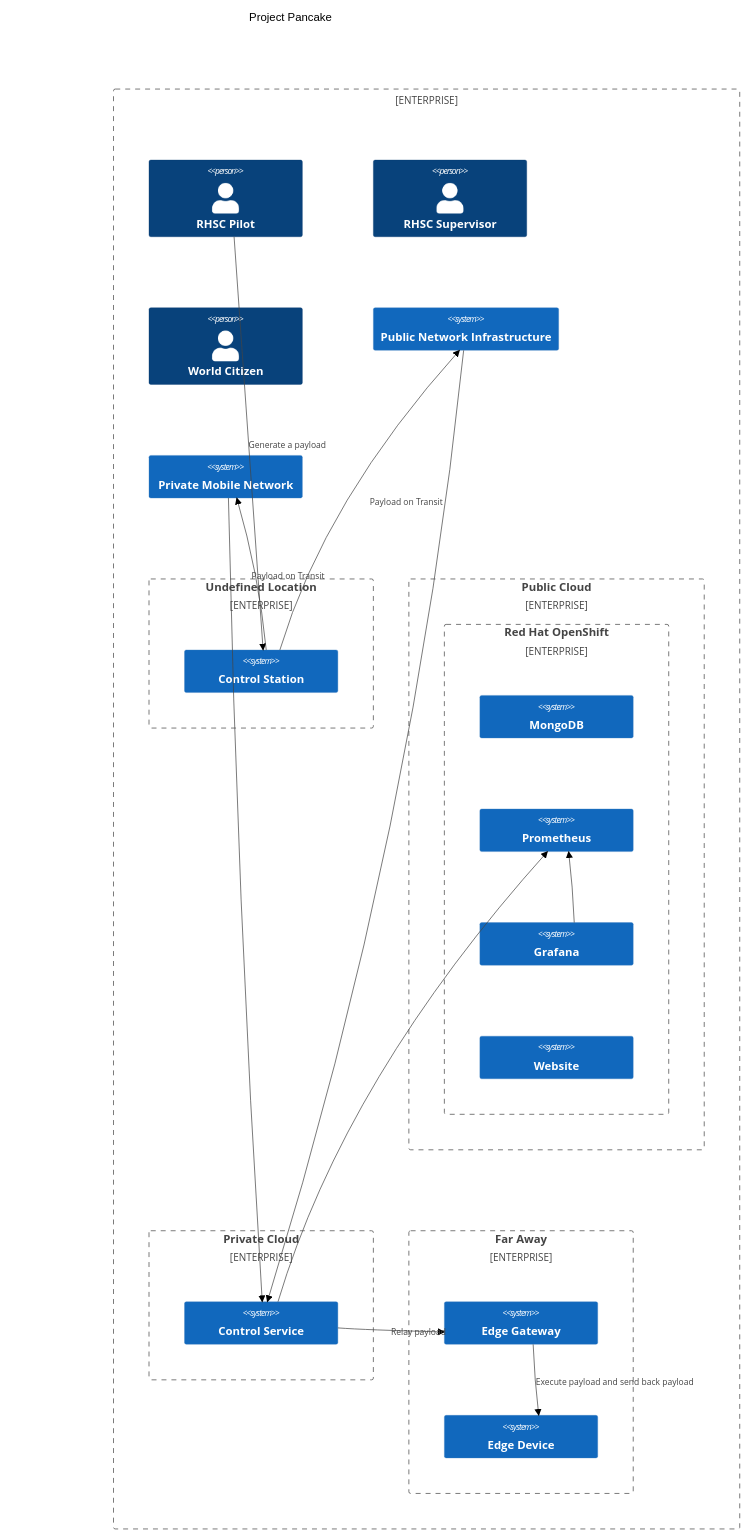
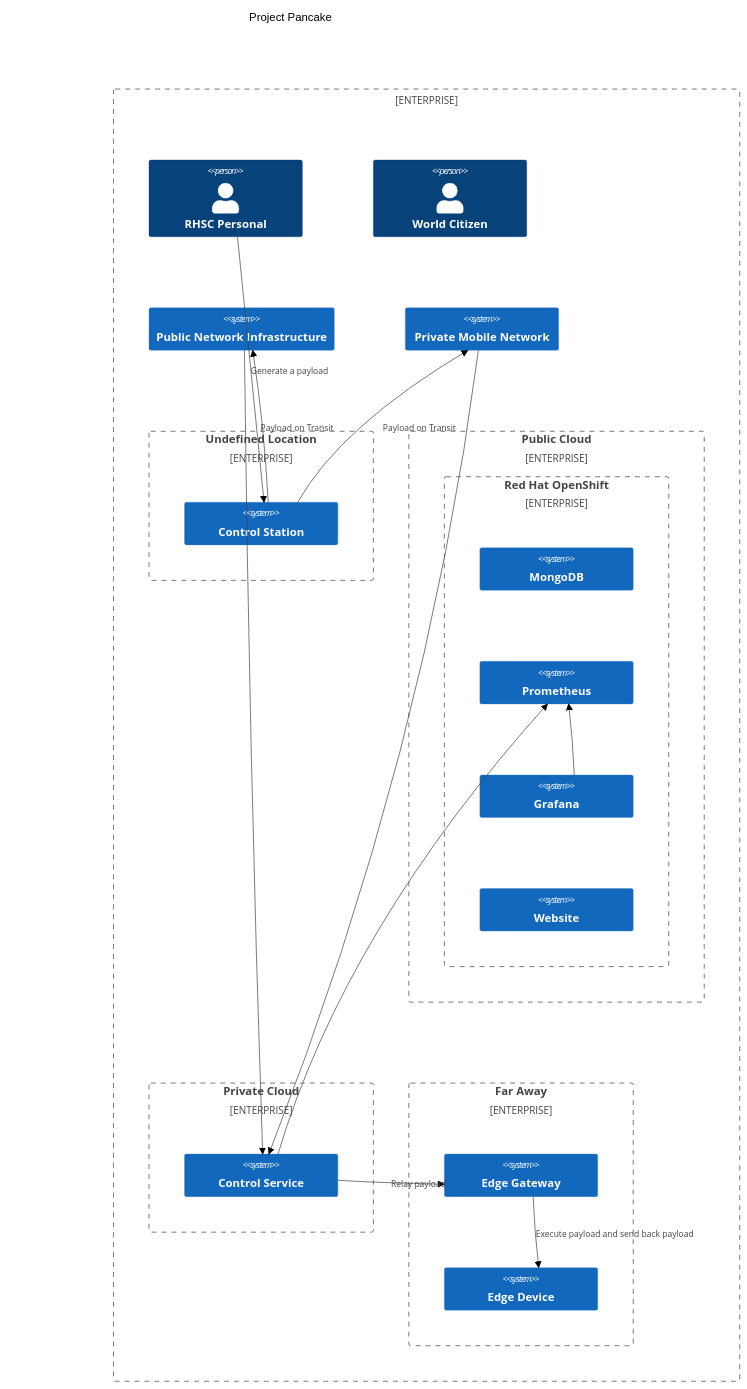
Before and after one commit to beezy-cloud/project-pancake: the diagram in docs/index.md, drawn with Mermaid (forest theme).

````diff
--- a/docs/index.md
+++ b/docs/index.md
@@ -7,48 +7,47 @@
 ```mermaid 
     C4Context
       title Project Pancake
       Enterprise_Boundary(b0, "") {
-        Person(Pilot, "RHSC Pilot")
-        Person(Supervisor, "RHSC Supervisor")
+        Person(Pilot, "RHSC Personal")
         Person(Public, "World Citizen")
 
-        System(Internet, "Public Network Infrastructure")
-        System(MobileNetwork, "Private Mobile Network")
+        System(PubNetwork, "Public Network Infrastructure")
+        System(PrvNetwork, "Private Mobile Network")
 
         Enterprise_Boundary(b1, "Undefined Location"){
           System(ControlStation, "Control Station")
         }
 
         Enterprise_Boundary(b2, "Public Cloud") {
           Enterprise_Boundary(c1, "Red Hat OpenShift"){
             System(MongoDB, "MongoDB")
             System(Prometheus, "Prometheus")
             System(Grafana, "Grafana")
             System(Website, "Website")
           }
         }
 
         Enterprise_Boundary(b3, "Private Cloud"){
           System(ControlService, "Control Service")
         }
 
         Enterprise_Boundary(b4, "Far Away"){
           System(EdgeGateway, "Edge Gateway")
           System(EdgeDevice, "Edge Device")
         }
       }
 
       Rel(Pilot, ControlStation, "Generate a payload")
 
-      Rel(ControlStation, Internet, "Payload on Transit")
-      Rel(Internet, ControlService, "")
+      Rel(ControlStation, PubNetwork, "Payload on Transit")
+      Rel(PubNetwork, ControlService, "")
       
-      Rel(ControlStation, MobileNetwork, "Payload on Transit")
-      Rel(MobileNetwork, ControlService, "")
+      Rel(ControlStation, PrvNetwork, "Payload on Transit")
+      Rel(PrvNetwork, ControlService, "")
       
       Rel(ControlService, Prometheus, "")
       Rel(Grafana, Prometheus, "")
       Rel(ControlService, EdgeGateway, "Relay payload")
       Rel(EdgeGateway, EdgeDevice, "Execute payload and send back payload")
 
 ```
````
